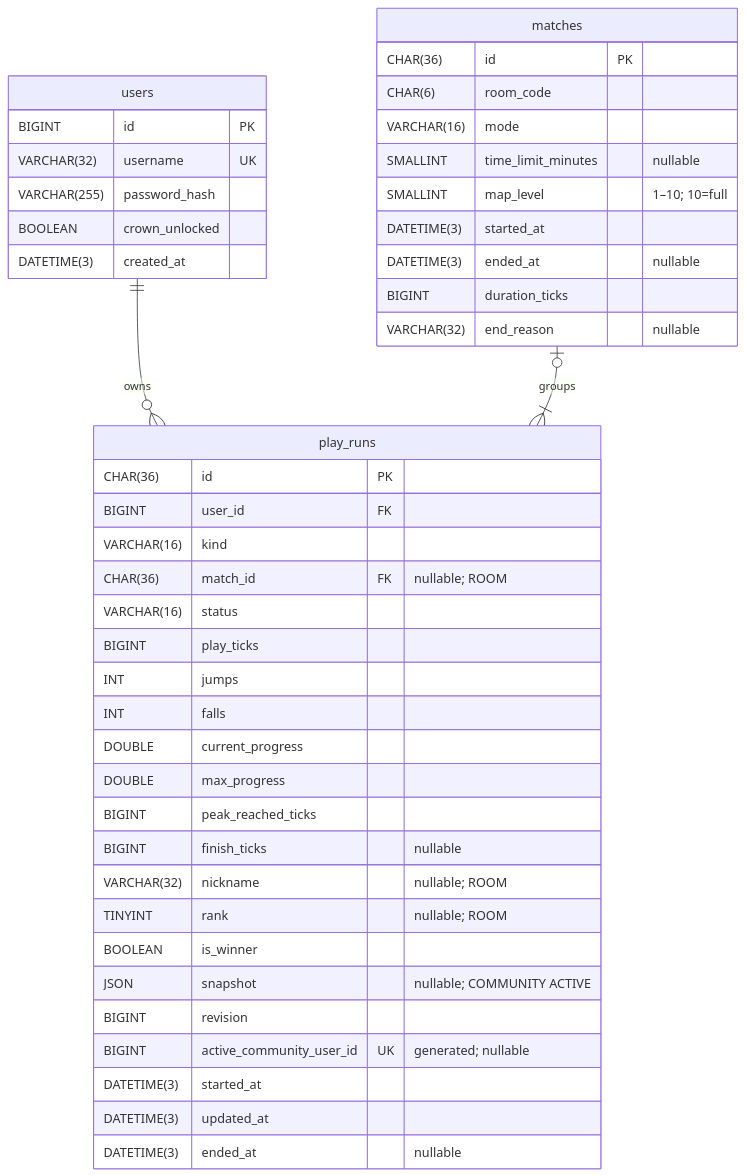
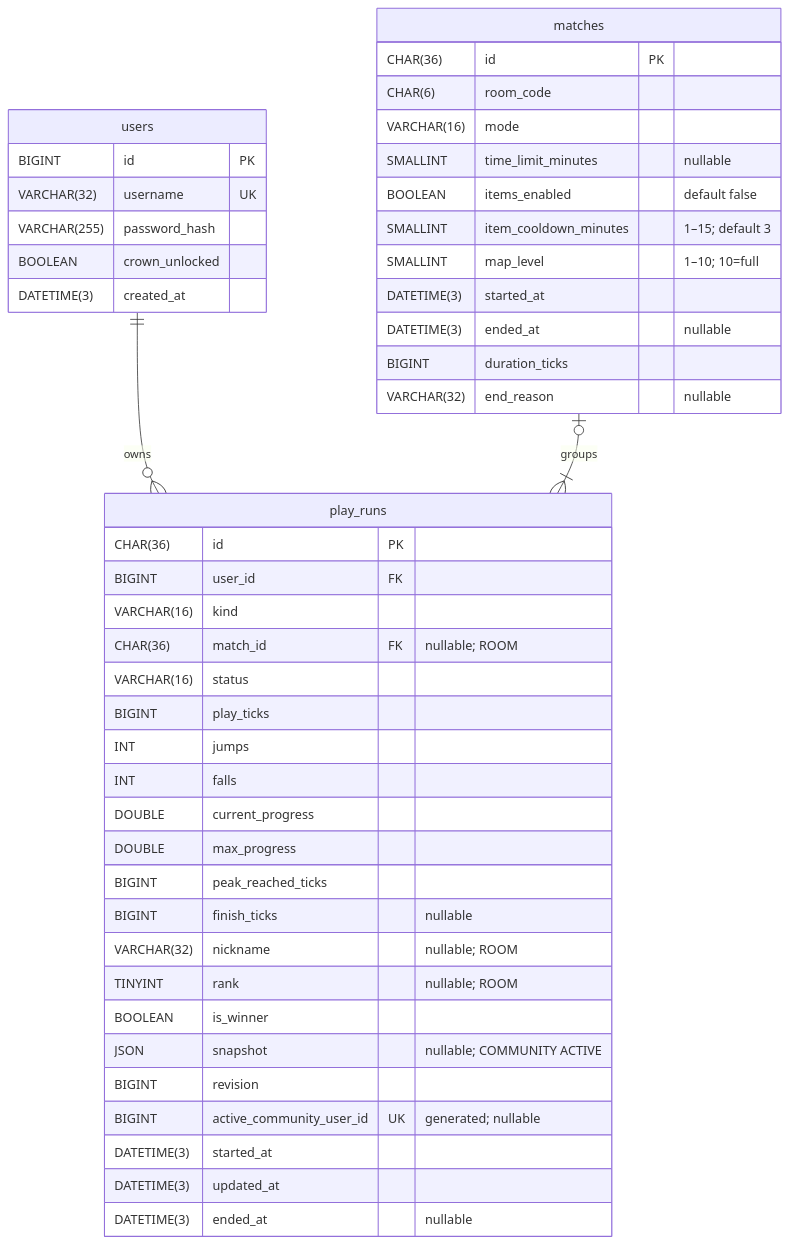
One commit to nvbangg/JumKing-Multiplayer changed the diagram in docs/data.md. Above: the diagram before and after it, drawn with Mermaid. The commit also changed other lines of this file and 45 other files, not shown here.

````diff
--- a/docs/data.md
+++ b/docs/data.md
@@ -15,47 +15,49 @@
 ```mermaid
 erDiagram
     users ||--o{ play_runs : owns
     matches o|--|{ play_runs : groups
 
     users {
         BIGINT id PK
         VARCHAR(32) username UK
         VARCHAR(255) password_hash
         BOOLEAN crown_unlocked
         DATETIME(3) created_at
     }
     play_runs {
         CHAR(36) id PK
         BIGINT user_id FK
         VARCHAR(16) kind
         CHAR(36) match_id FK "nullable; ROOM"
         VARCHAR(16) status
         BIGINT play_ticks
         INT jumps
         INT falls
         DOUBLE current_progress
         DOUBLE max_progress
         BIGINT peak_reached_ticks
         BIGINT finish_ticks "nullable"
         VARCHAR(32) nickname "nullable; ROOM"
         TINYINT rank "nullable; ROOM"
         BOOLEAN is_winner
         JSON snapshot "nullable; COMMUNITY ACTIVE"
         BIGINT revision
         BIGINT active_community_user_id UK "generated; nullable"
         DATETIME(3) started_at
         DATETIME(3) updated_at
         DATETIME(3) ended_at "nullable"
     }
     matches {
         CHAR(36) id PK
         CHAR(6) room_code
         VARCHAR(16) mode
         SMALLINT time_limit_minutes "nullable"
+        BOOLEAN items_enabled "default false"
+        SMALLINT item_cooldown_minutes "1–15; default 3"
         SMALLINT map_level "1–10; 10=full"
         DATETIME(3) started_at
         DATETIME(3) ended_at "nullable"
         BIGINT duration_ticks
         VARCHAR(32) end_reason "nullable"
     }
 ```
````
